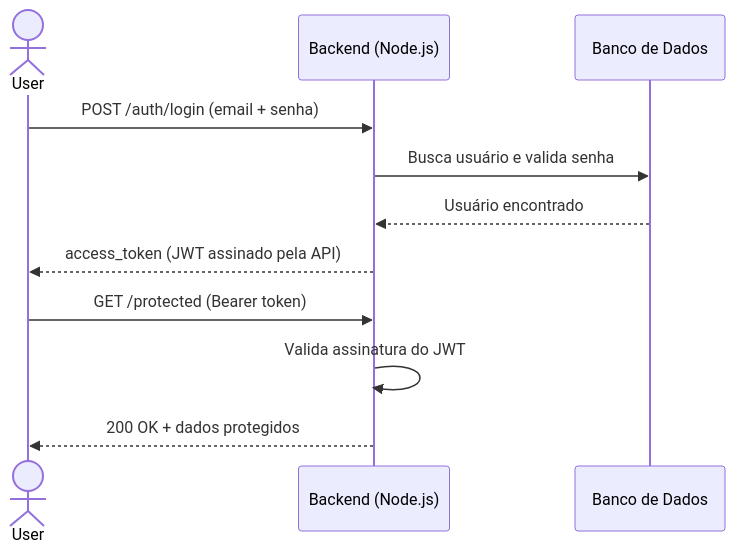
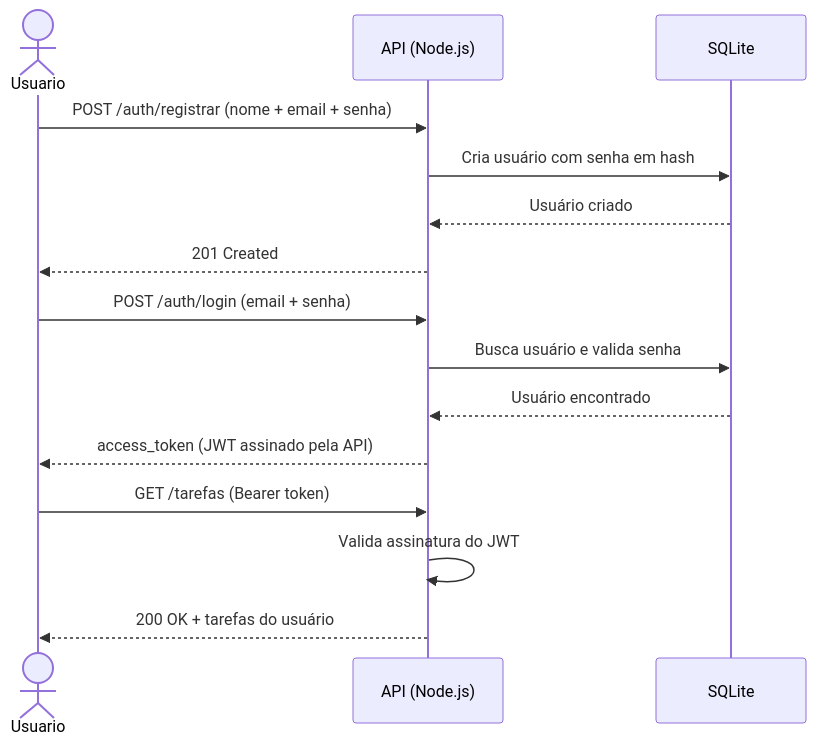
Before and after one commit to RhuanCSG/oauth-keycloak-lab: the first of 6 diagrams in README.md, drawn with Mermaid. The commit also changed other lines of this file and 24 other files, not shown here.

````diff
--- a/README.md
+++ b/README.md
@@ -86,15 +73,20 @@
 ```mermaid
 sequenceDiagram
-    actor User
-    participant API as Backend (Node.js)
-    participant DB as Banco de Dados
+    actor Usuario
+    participant API as API (Node.js)
+    participant DB as SQLite
 
-    User->>API: POST /auth/login (email + senha)
+    Usuario->>API: POST /auth/registrar (nome + email + senha)
+    API->>DB: Cria usuário com senha em hash
+    DB-->>API: Usuário criado
+    API-->>Usuario: 201 Created
+
+    Usuario->>API: POST /auth/login (email + senha)
     API->>DB: Busca usuário e valida senha
     DB-->>API: Usuário encontrado
-    API-->>User: access_token (JWT assinado pela API)
+    API-->>Usuario: access_token (JWT assinado pela API)
 
-    User->>API: GET /protected (Bearer token)
+    Usuario->>API: GET /tarefas (Bearer token)
     API->>API: Valida assinatura do JWT
-    API-->>User: 200 OK + dados protegidos
+    API-->>Usuario: 200 OK + tarefas do usuário
 ```
````
